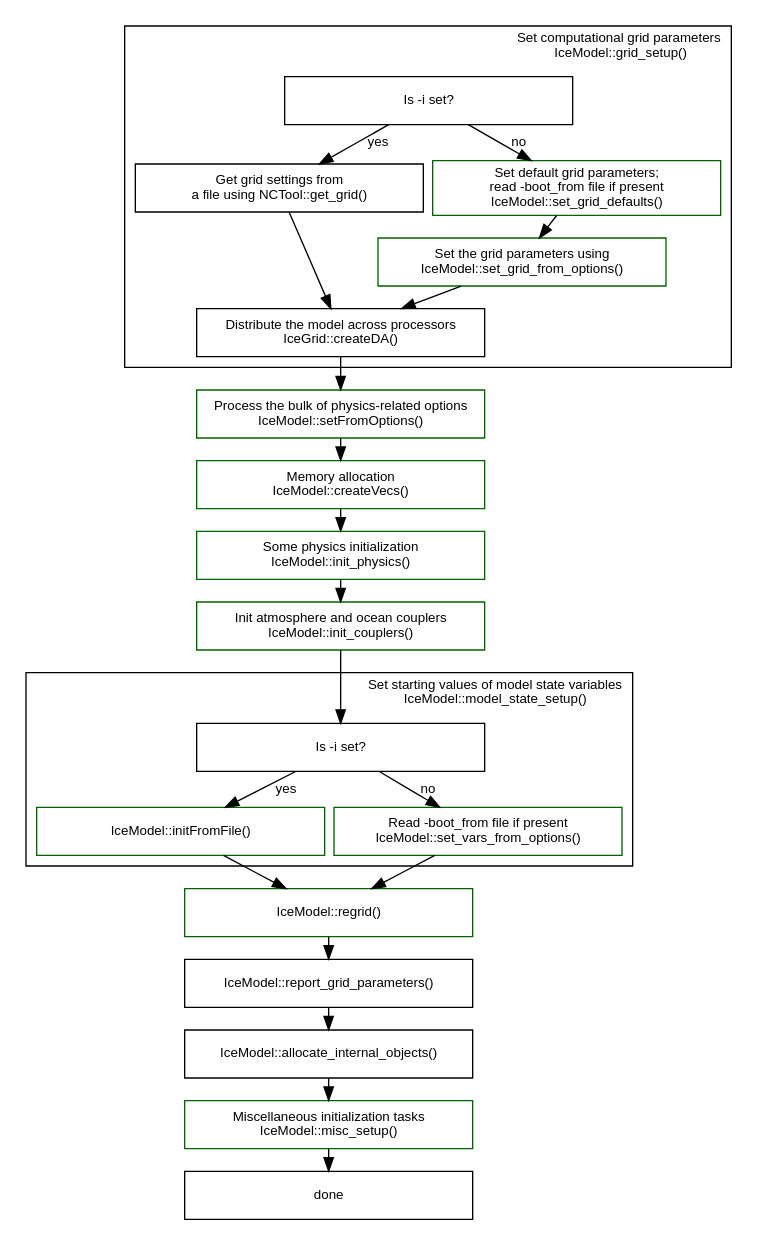
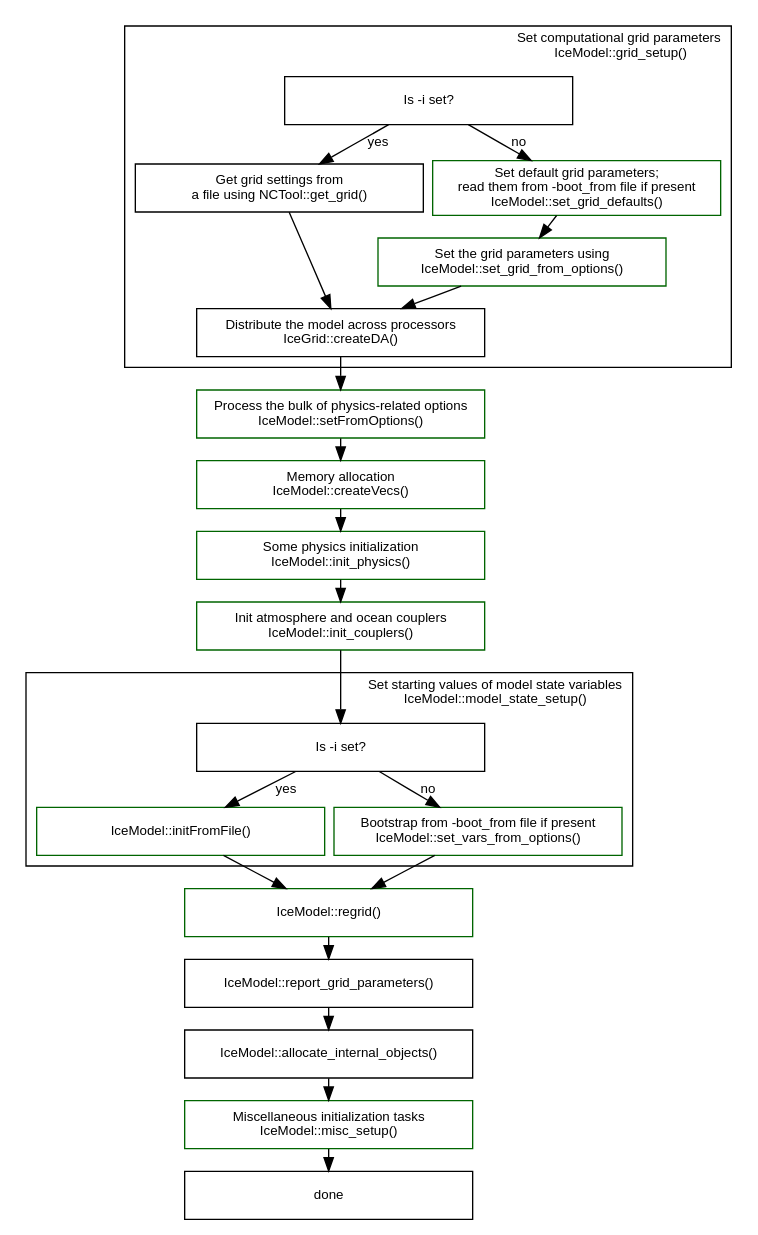
Before and after one commit to pism/pism: the diagram in doc/initialization-sequence.dot, drawn with Graphviz. The commit also changed 4 other files, not shown here.

```diff
--- a/doc/initialization-sequence.dot
+++ b/doc/initialization-sequence.dot
@@ -1,71 +1,71 @@
 // Use
 // dot -Tpng initialization-sequence.dot -o initialization-sequence.png
 // to create the picture.
 
 digraph pism_init {
   // Global graph parameters
   node [fontname=Arial fontsize=10 shape=box width=3];
   edge [fontname=Arial fontsize=10];
   graph [fontname=Arial fontsize=10 ranksep=0.1 nodesep=0.1];
 
   subgraph cluster_grid {
     label = "Set computational grid parameters\rIceModel::grid_setup()";
     URL = "\ref IceModel::grid_setup()";
     labeljust = r;
 
     is_i_set1 [label = "Is -i set?"];
     {rank=same
       grid_from_file [label = "Get grid settings from\n a file using NCTool::get_grid()" URL="\ref NCTool::get_grid()"];
 
-      set_grid_defaults [label = "Set default grid parameters;\nread -boot_from file if present\nIceModel::set_grid_defaults()" color=darkgreen URL="\ref IceModel::set_grid_defaults()"];
+      set_grid_defaults [label = "Set default grid parameters;\nread them from -boot_from file if present\nIceModel::set_grid_defaults()" color=darkgreen URL="\ref IceModel::set_grid_defaults()"];
     }
     grid_from_options [label = "Set the grid parameters using\nIceModel::set_grid_from_options()" color=darkgreen URL="\ref IceModel::set_grid_from_options()"];
     is_i_set1 -> set_grid_defaults [label = "no"];
     set_grid_defaults -> grid_from_options;
     is_i_set1 -> grid_from_file [label = "yes"];
 
     createDA [label = "Distribute the model across processors\nIceGrid::createDA()" URL="\ref IceGrid::createDA()"];
     {grid_from_file grid_from_options} -> createDA;
   }
 
   setFromOptions [label = "Process the bulk of physics-related options\nIceModel::setFromOptions()" color=darkgreen URL="\ref IceModel::setFromOptions()"];
   createDA -> setFromOptions;
   
   createVecs [label = "Memory allocation\nIceModel::createVecs()" color=darkgreen URL="\ref IceModel::createVecs()"];
   setFromOptions -> createVecs;
 
   init_physics [label = "Some physics initialization\nIceModel::init_physics()" color=darkgreen URL="\ref IceModel::init_physics()"];
   createVecs -> init_physics;
 
   init_couplers [label = "Init atmosphere and ocean couplers\nIceModel::init_couplers()" color=darkgreen URL="\ref IceModel::init_couplers()"];
   init_physics -> init_couplers;
 
   init_couplers -> is_i_set2;
 
   subgraph cluster_model_state {
     label = "Set starting values of model state variables\rIceModel::model_state_setup()";
     labeljust = r;
     URL = "\ref IceModel::model_state_setup()";
 
     is_i_set2 [label = "Is -i set?"];
 
     initFromFile [label = "IceModel::initFromFile()" color=darkgreen URL="\ref IceModel::initFromFile()"];
-    set_values_from_options [label = "Read -boot_from file if present\nIceModel::set_vars_from_options()" color=darkgreen URL="\ref IceModel::set_vars_from_options()"];
+    set_values_from_options [label = "Bootstrap from -boot_from file if present\nIceModel::set_vars_from_options()" color=darkgreen URL="\ref IceModel::set_vars_from_options()"];
     is_i_set2 -> initFromFile [label = "yes"];
     is_i_set2 -> set_values_from_options [label = "no"];
   }  
 
   regrid [label = "IceModel::regrid()" color=darkgreen URL="\ref IceModel::regrid()"];
   {initFromFile set_values_from_options} -> regrid;
 
   report [label = "IceModel::report_grid_parameters()" URL="\ref IceModel::report_grid_parameters()"];
   regrid -> report;
 
   allocate_internal_objects [label = "IceModel::allocate_internal_objects()" URL="\ref IceModel::allocate_internal_objects()"];
   report -> allocate_internal_objects;
 
   misc [label = "Miscellaneous initialization tasks\nIceModel::misc_setup()" color=darkgreen URL="\ref IceModel::misc_setup()"];
   allocate_internal_objects -> misc;
 
   misc -> done;
 }
```
